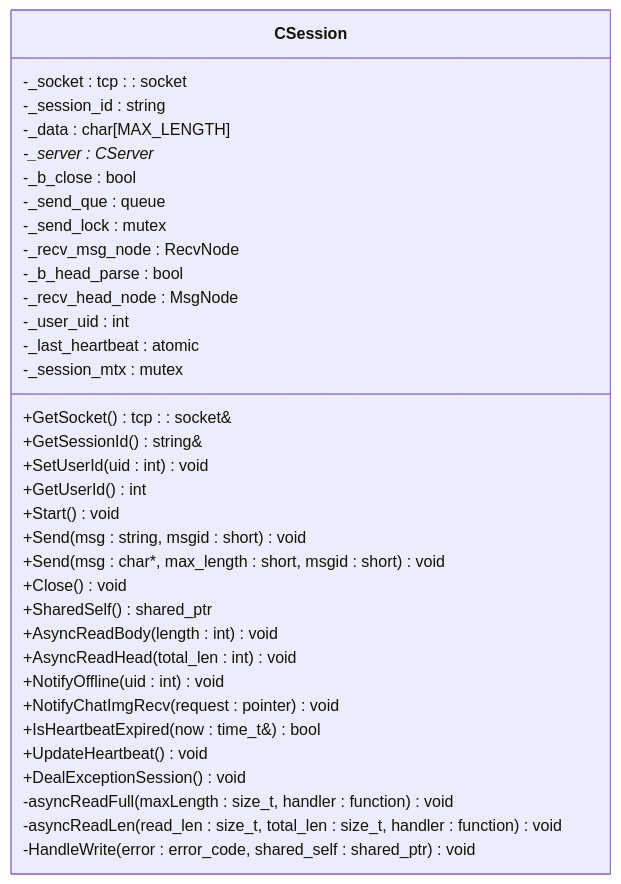
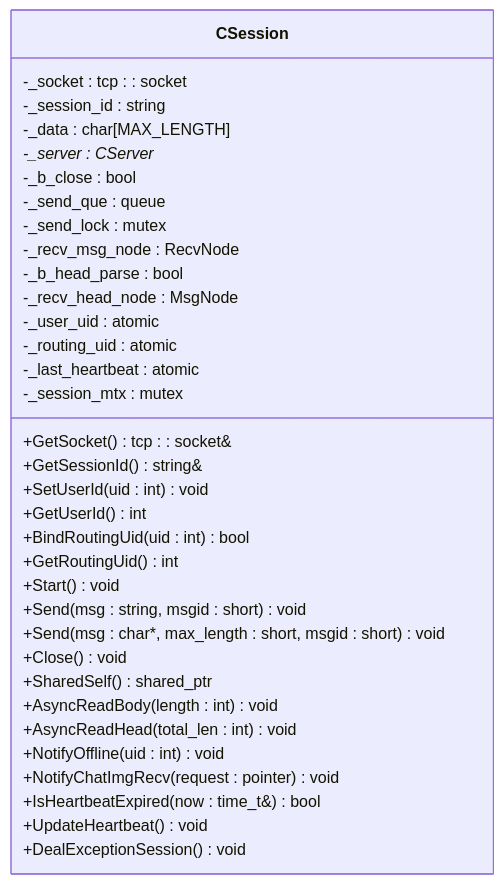
The third of 8 diagrams in .qoder/repowiki/zh/content/服务端开发/ChatServer聊天核心服务/会话管理/会话生命周期管理.md (echo9923/mychatter), drawn with Mermaid before and after one commit. The commit also changed other lines of this file and 54 other files, not shown here.

````diff
--- a/.qoder/repowiki/zh/content/服务端开发/ChatServer聊天核心服务/会话管理/会话生命周期管理.md
+++ b/.qoder/repowiki/zh/content/服务端开发/ChatServer聊天核心服务/会话管理/会话生命周期管理.md
@@ -143,37 +161,37 @@
 ```mermaid
 classDiagram
 class CSession {
 +GetSocket() tcp : : socket&
 +GetSessionId() string&
 +SetUserId(uid : int) void
 +GetUserId() int
++BindRoutingUid(uid : int) bool
++GetRoutingUid() int
 +Start() void
 +Send(msg : string, msgid : short) void
 +Send(msg : char*, max_length : short, msgid : short) void
 +Close() void
 +SharedSelf() shared_ptr<CSession>
 +AsyncReadBody(length : int) void
 +AsyncReadHead(total_len : int) void
 +NotifyOffline(uid : int) void
 +NotifyChatImgRecv(request : pointer) void
 +IsHeartbeatExpired(now : time_t&) bool
 +UpdateHeartbeat() void
 +DealExceptionSession() void
--asyncReadFull(maxLength : size_t, handler : function) void
--asyncReadLen(read_len : size_t, total_len : size_t, handler : function) void
--HandleWrite(error : error_code, shared_self : shared_ptr<CSession>) void
 -_socket : tcp : : socket
 -_session_id : string
 -_data : char[MAX_LENGTH]
 -_server : CServer*
 -_b_close : bool
 -_send_que : queue<SendNode>
 -_send_lock : mutex
 -_recv_msg_node : RecvNode
 -_b_head_parse : bool
 -_recv_head_node : MsgNode
--_user_uid : int
+-_user_uid : atomic<int>
+-_routing_uid : atomic<int>
 -_last_heartbeat : atomic<time_t>
 -_session_mtx : mutex
 }
 ```
````
